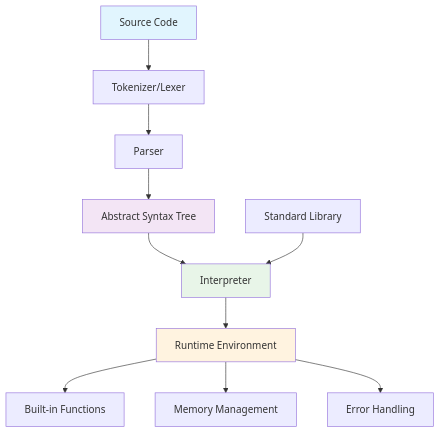
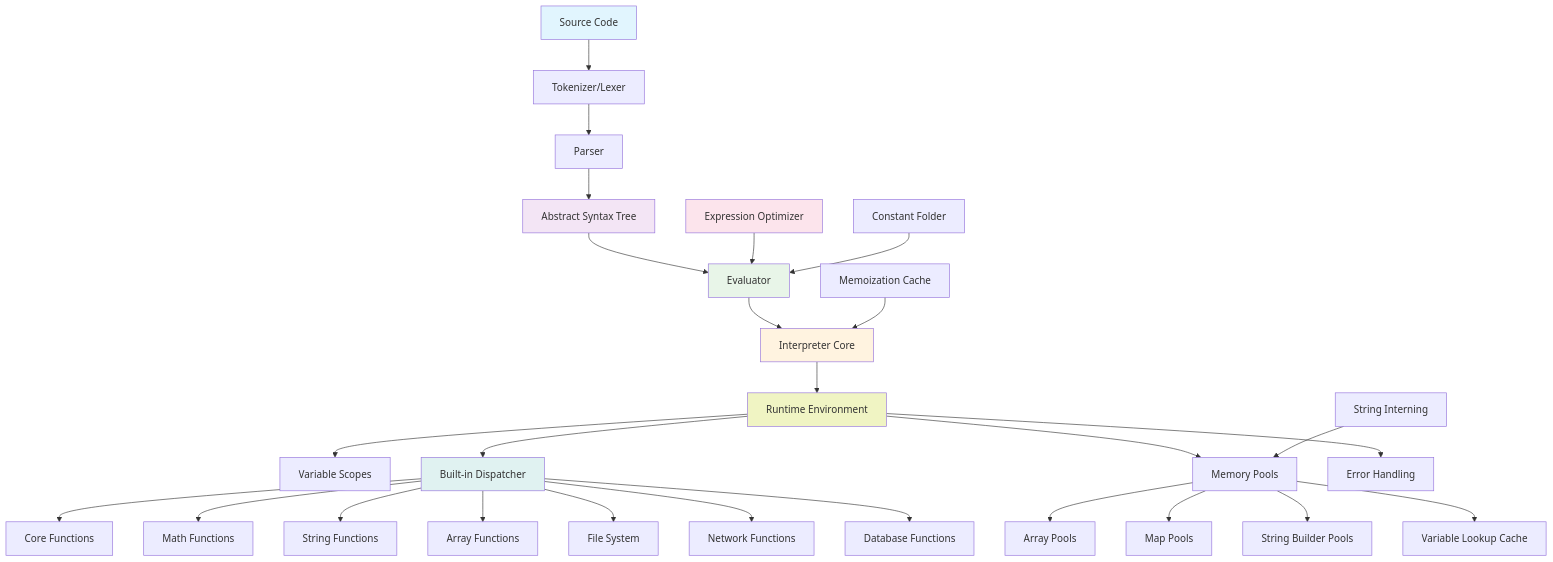
One commit to bonkzero404/uddin-lang changed the second of 5 diagrams in README.md. Above: the diagram before and after it, drawn with Mermaid. The commit also changed other lines of this file, not shown here.

First line of the commit message:
docs: update architecture diagrams and component descriptions

````diff
--- a/README.md
+++ b/README.md
@@ -750,19 +750,44 @@
 ```mermaid
 graph TB
     A[Source Code] --> B[Tokenizer/Lexer]
     B --> C[Parser]
     C --> D[Abstract Syntax Tree]
-    D --> E[Interpreter]
-    E --> F[Runtime Environment]
+    D --> E[Evaluator]
+    E --> F[Interpreter Core]
+    F --> G[Runtime Environment]
 
-    F --> G[Built-in Functions]
-    F --> H[Memory Management]
-    F --> I[Error Handling]
+    %% Core Components
+    G --> H[Variable Scopes]
+    G --> I[Built-in Dispatcher]
+    G --> J[Memory Pools]
+    G --> K[Error Handling]
 
-    J[Standard Library] --> E
+    %% Optimization Layer
+    L[Expression Optimizer] --> E
+    M[Constant Folder] --> E
+    N[Memoization Cache] --> F
+    O[String Interning] --> J
+
+    %% Built-in Function Categories
+    I --> P[Core Functions]
+    I --> Q[Math Functions]
+    I --> R[String Functions]
+    I --> S[Array Functions]
+    I --> T[File System]
+    I --> U[Network Functions]
+    I --> V[Database Functions]
+
+    %% Memory Management
+    J --> W[Array Pools]
+    J --> X[Map Pools]
+    J --> Y[String Builder Pools]
+    J --> Z[Variable Lookup Cache]
 
     style A fill:#e1f5fe
     style D fill:#f3e5f5
     style E fill:#e8f5e8
     style F fill:#fff3e0
+    style G fill:#f0f4c3
+    style L fill:#fce4ec
+    style I fill:#e0f2f1
 ```
````
